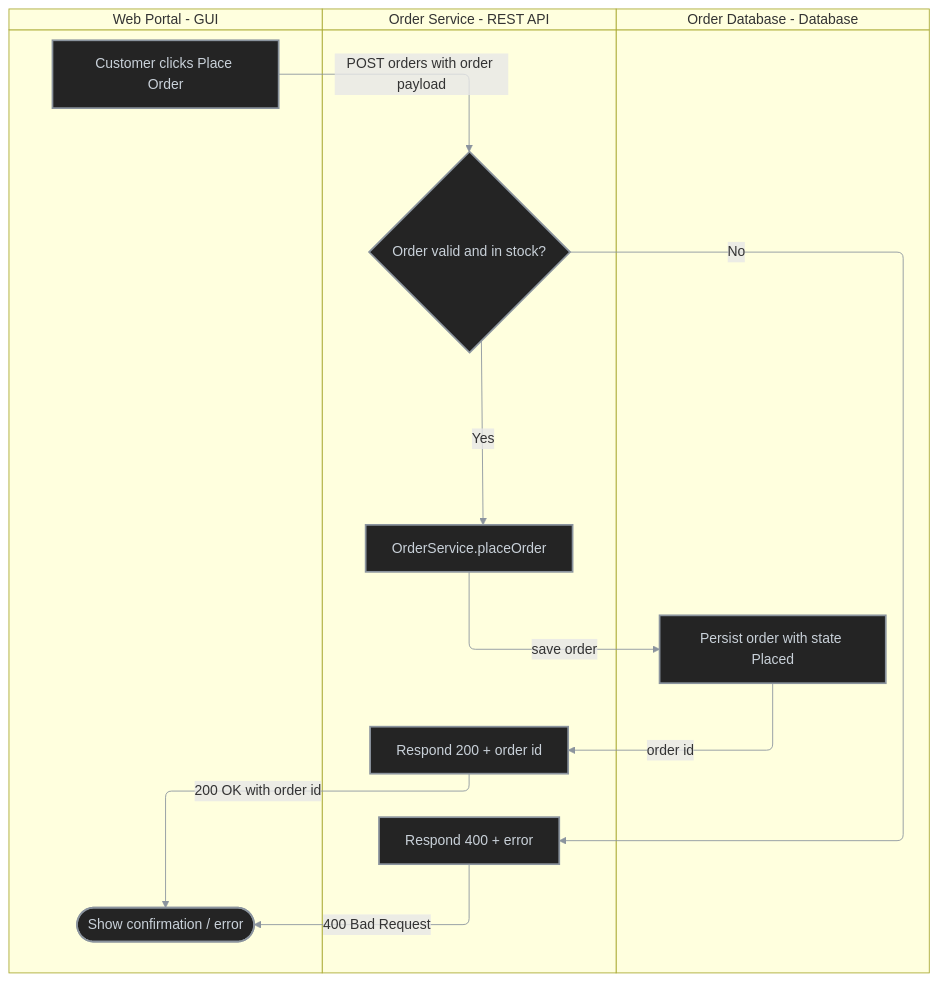
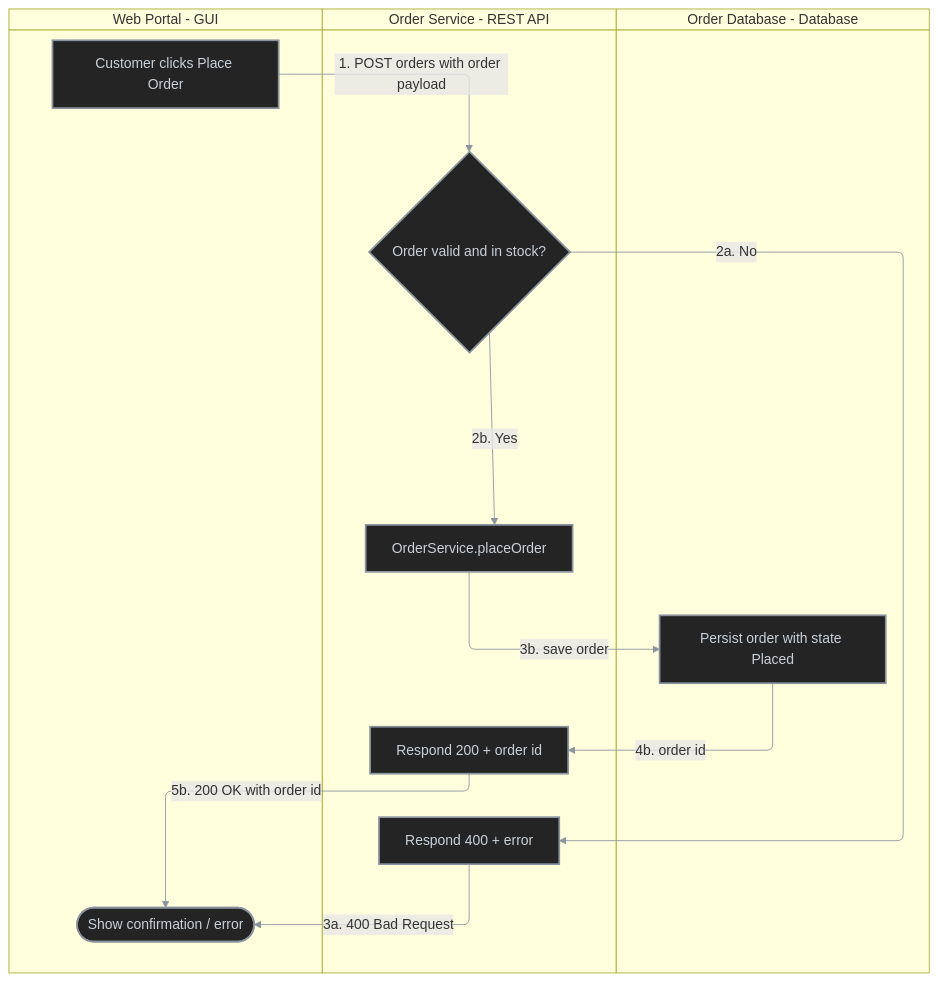
The diagram in plugins/wf/skills/to-behavior-diagram/assets/swimlane-diagram-example.md (antshc/brain), drawn with Mermaid before and after one commit. The commit also changed 1 other file, not shown here.

Commit message:
fix: add execution-order step numbers to edge labels in swimlane diagrams

````diff
--- a/plugins/wf/skills/to-behavior-diagram/assets/swimlane-diagram-example.md
+++ b/plugins/wf/skills/to-behavior-diagram/assets/swimlane-diagram-example.md
@@ -6,29 +6,29 @@
 ```mermaid
 %%{init: {'themeVariables': {'lineColor': '#8b949e'}}}%%
 swimlane-beta TB
   subgraph frontend [Web Portal - GUI]
     submit[Customer clicks Place Order]
     showResult([Show confirmation / error])
   end
 
   subgraph restApi [Order Service - REST API]
     validate{Order valid and in stock?}
     placeOrder[OrderService.placeOrder]
     respond200[Respond 200 + order id]
     respond400[Respond 400 + error]
   end
 
   subgraph database [Order Database - Database]
     persistOrder[Persist order with state Placed]
   end
 
-  submit -->|POST orders with order payload| validate
-  validate -->|No| respond400
-  validate -->|Yes| placeOrder
-  placeOrder -->|save order| persistOrder
-  persistOrder -->|order id| respond200
-  respond200 -->|200 OK with order id| showResult
-  respond400 -->|400 Bad Request| showResult
+  submit -->|1. POST orders with order payload| validate
+  validate -->|2a. No| respond400
+  validate -->|2b. Yes| placeOrder
+  respond400 -->|3a. 400 Bad Request| showResult
+  placeOrder -->|3b. save order| persistOrder
+  persistOrder -->|4b. order id| respond200
+  respond200 -->|5b. 200 OK with order id| showResult
 
   classDef default fill:#242424,stroke:#8b949e,color:#c9d1d9,stroke-width:2px
 ```
````
